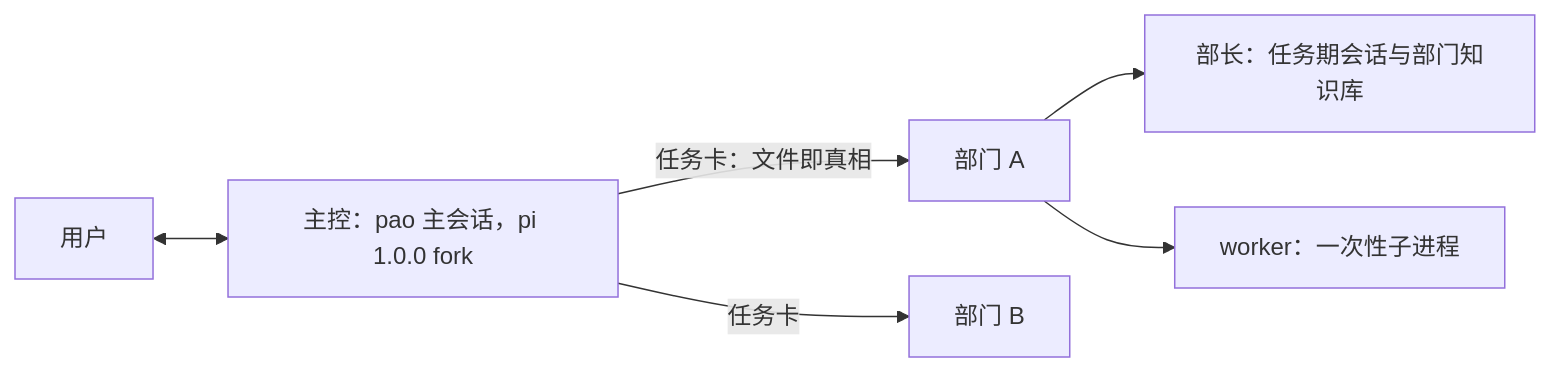
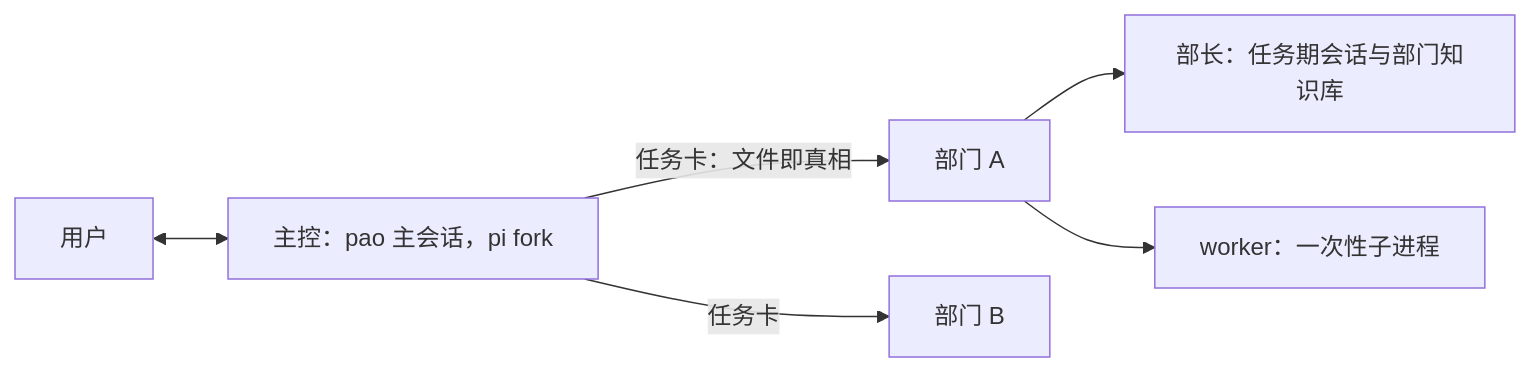
Before and after one commit to gcxfn/pao-dev: the first of 2 diagrams in plans/v2-ARCHITECTURE.md, drawn with Mermaid. The commit also changed other lines of this file and 499 other files, not shown here.

````diff
--- a/plans/v2-ARCHITECTURE.md
+++ b/plans/v2-ARCHITECTURE.md
@@ -10,8 +10,8 @@
 ```mermaid
 flowchart LR
-    user[用户] <--> main[主控：pao 主会话，pi 1.0.0 fork]
+    user[用户] <--> main[主控：pao 主会话，pi fork]
     main -->|任务卡：文件即真相| a[部门 A]
     main -->|任务卡| b[部门 B]
     a --> minister[部长：任务期会话与部门知识库]
     a --> worker[worker：一次性子进程]
 ```
````
